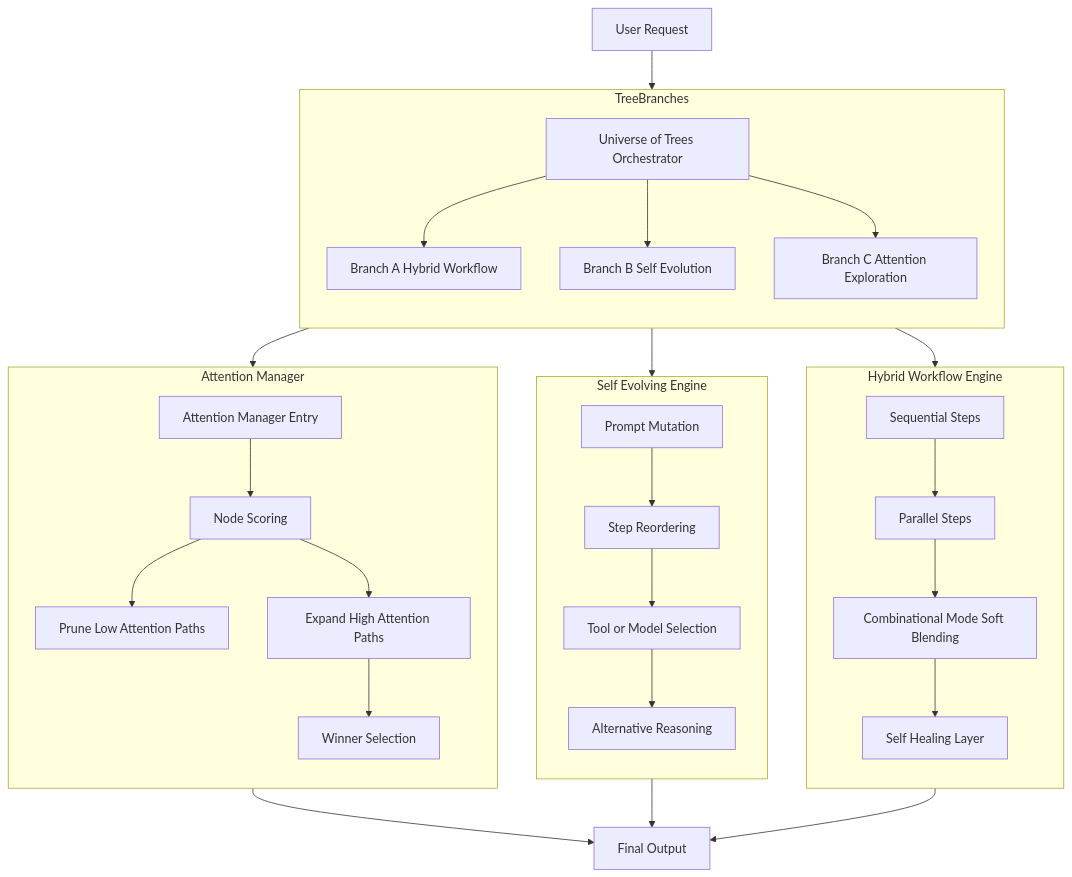
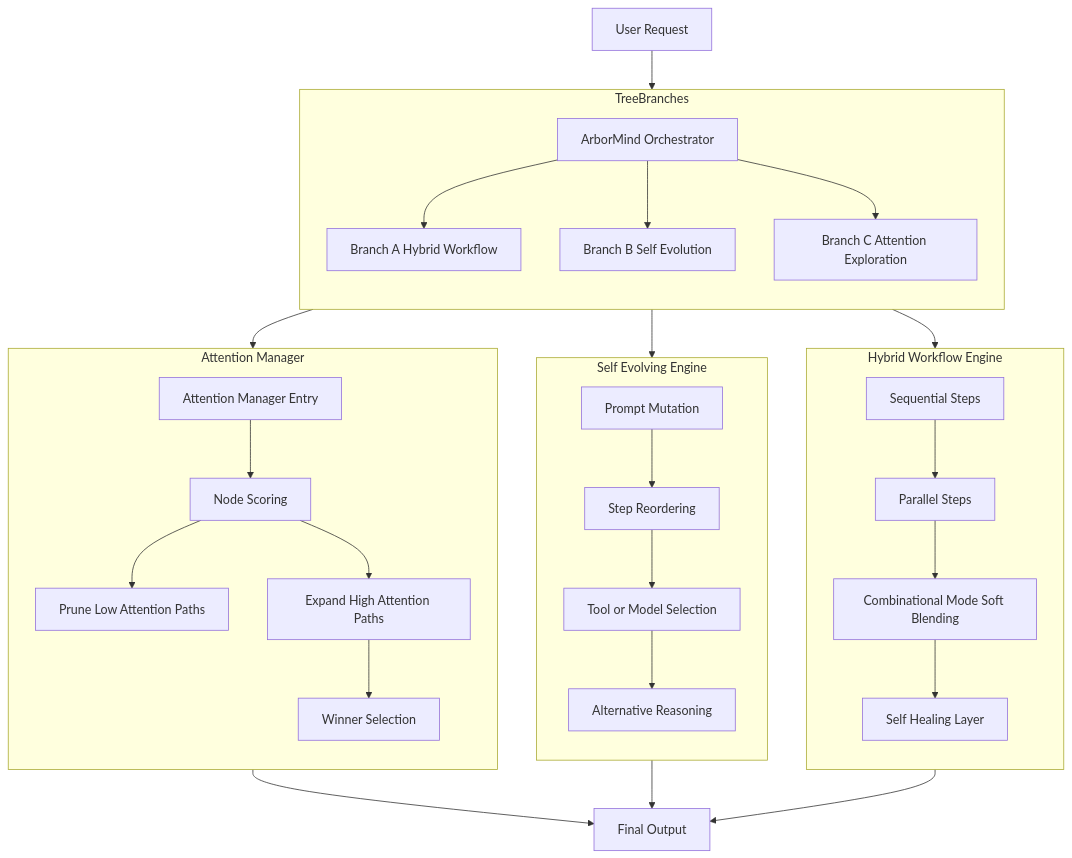
One commit to NeuralNinja23/GenCode-Studio changed the first of 2 diagrams in README.md. Above: the diagram before and after it, drawn with Mermaid. The commit also changed other lines of this file and 12 other files, not shown here.

Commit message:
Refactor: Rename Universe of Thought to ArborMind (UoT -> AM)

````diff
--- a/README.md
+++ b/README.md
@@ -156,54 +156,54 @@
 ```mermaid
 flowchart TD
     UserRequest[User Request]
-    UoT[Universe of Trees Orchestrator]
+    AM[ArborMind Orchestrator]
 
-    UserRequest --> UoT
+    UserRequest --> AM
 
     subgraph TreeBranches
         direction TB
         BranchA[Branch A Hybrid Workflow]
         BranchB[Branch B Self Evolution]
         BranchC[Branch C Attention Exploration]
-        UoT --> BranchA
-        UoT --> BranchB
-        UoT --> BranchC
+        AM --> BranchA
+        AM --> BranchB
+        AM --> BranchC
     end
 
     subgraph HybridWorkflow [Hybrid Workflow Engine]
         direction TB
         HW1[Sequential Steps]
         HW2[Parallel Steps]
         HW3[Combinational Mode Soft Blending]
         HW4[Self Healing Layer]
         BranchA --> HW1 --> HW2 --> HW3 --> HW4
     end
 
     subgraph Evolver [Self Evolving Engine]
         direction TB
         E1[Prompt Mutation]
         E2[Step Reordering]
         E3[Tool or Model Selection]
         E4[Alternative Reasoning]
         BranchB --> E1 --> E2 --> E3 --> E4
     end
 
     subgraph AttentionSysGroup [Attention Manager]
         direction TB
         AttentionEntry[Attention Manager Entry]
         A1[Node Scoring]
         A2[Prune Low Attention Paths]
         A3[Expand High Attention Paths]
         A4[Winner Selection]
         AttentionEntry --> A1 --> A2
         A1 --> A3
         A3 --> A4
     end
 
     BranchC --> AttentionEntry
 
     Output[Final Output]
     A4 --> Output
     HW4 --> Output
     E4 --> Output
 ```
````
